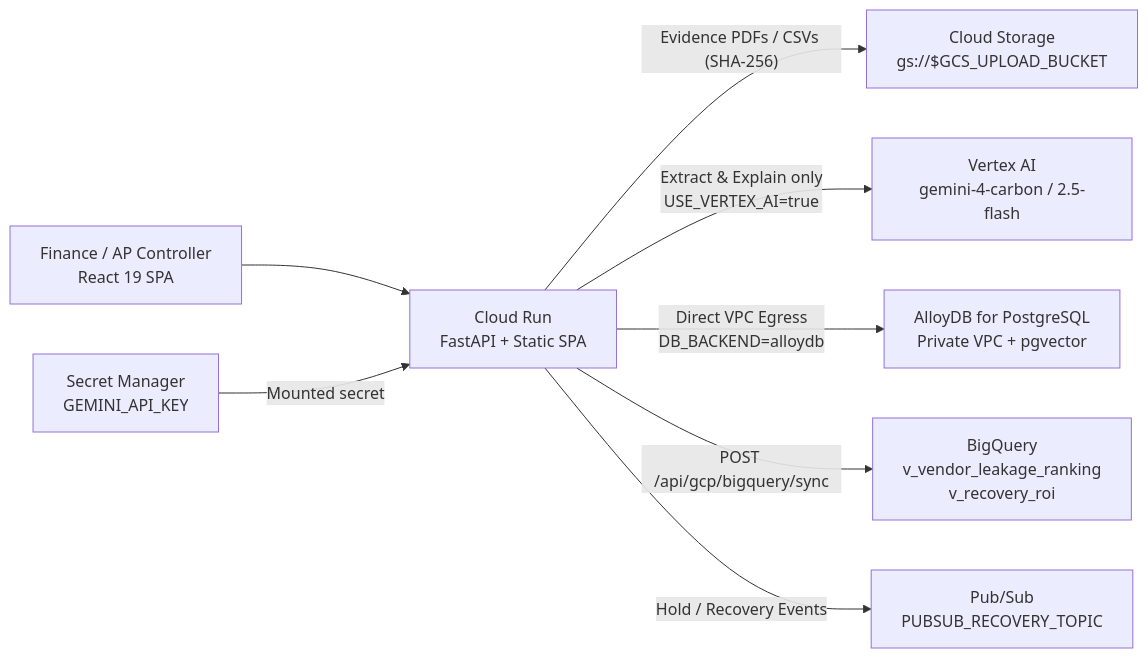
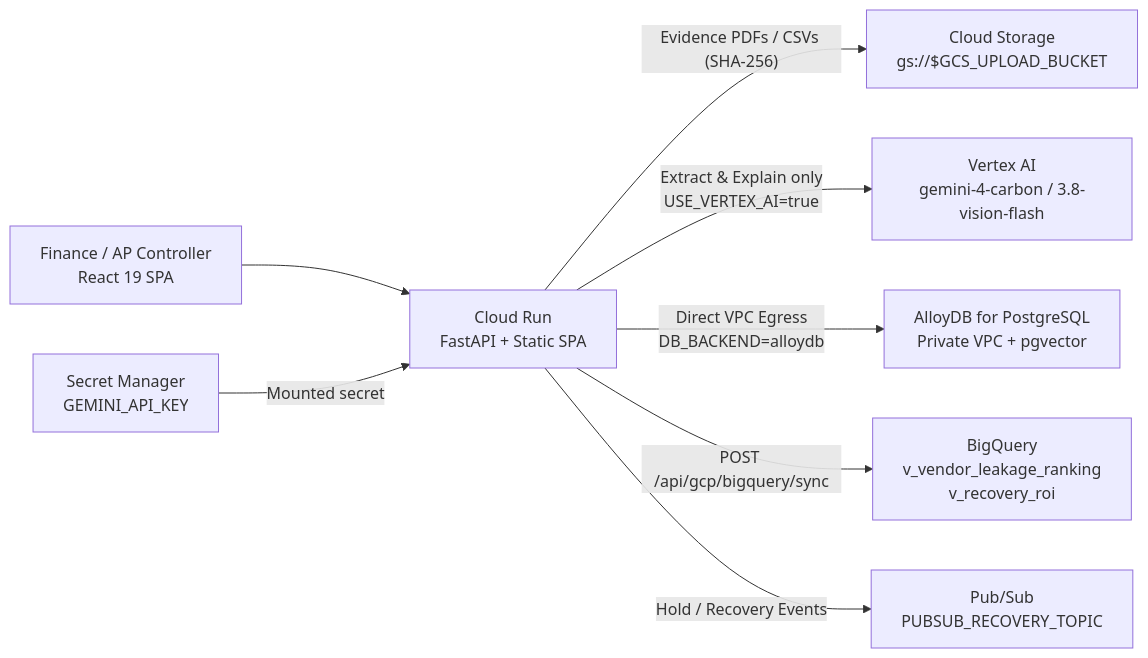
One commit to naughtynova69/LedgerLens-project changed the diagram in docs/GCP_INTEGRATION_GUIDE.md. Above: the diagram before and after it, drawn with Mermaid. The commit also changed other lines of this file and 12 other files, not shown here.

Commit message:
docs,config: refine ICP/business model, align gemini-3.8-vision-flash, add CONTEXT_LOG.md

````diff
--- a/docs/GCP_INTEGRATION_GUIDE.md
+++ b/docs/GCP_INTEGRATION_GUIDE.md
@@ -15,10 +15,10 @@
 ```mermaid
 flowchart LR
     U["Finance / AP Controller<br/>React 19 SPA"] --> CR["Cloud Run<br/>FastAPI + Static SPA"]
     CR -->|"Evidence PDFs / CSVs (SHA-256)"| GCS["Cloud Storage<br/>gs://$GCS_UPLOAD_BUCKET"]
-    CR -->|"Extract & Explain only<br/>USE_VERTEX_AI=true"| VAI["Vertex AI<br/>gemini-4-carbon / 2.5-flash"]
+    CR -->|"Extract & Explain only<br/>USE_VERTEX_AI=true"| VAI["Vertex AI<br/>gemini-4-carbon / 3.8-vision-flash"]
     SM["Secret Manager<br/>GEMINI_API_KEY"] -->|"Mounted secret"| CR
     CR -->|"Direct VPC Egress<br/>DB_BACKEND=alloydb"| ADB["AlloyDB for PostgreSQL<br/>Private VPC + pgvector"]
     CR -->|"POST /api/gcp/bigquery/sync"| BQ["BigQuery<br/>v_vendor_leakage_ranking<br/>v_recovery_roi"]
     CR -->|"Hold / Recovery Events"| PS["Pub/Sub<br/>PUBSUB_RECOVERY_TOPIC"]
 ```
````
